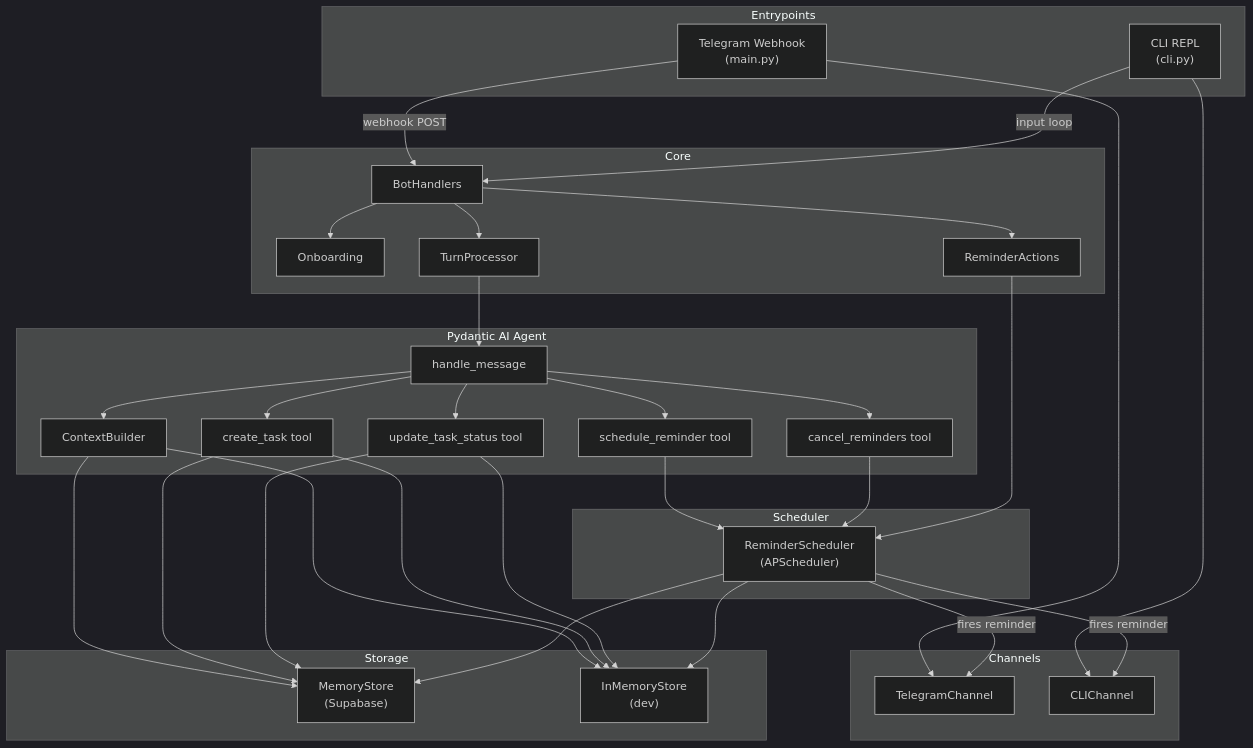
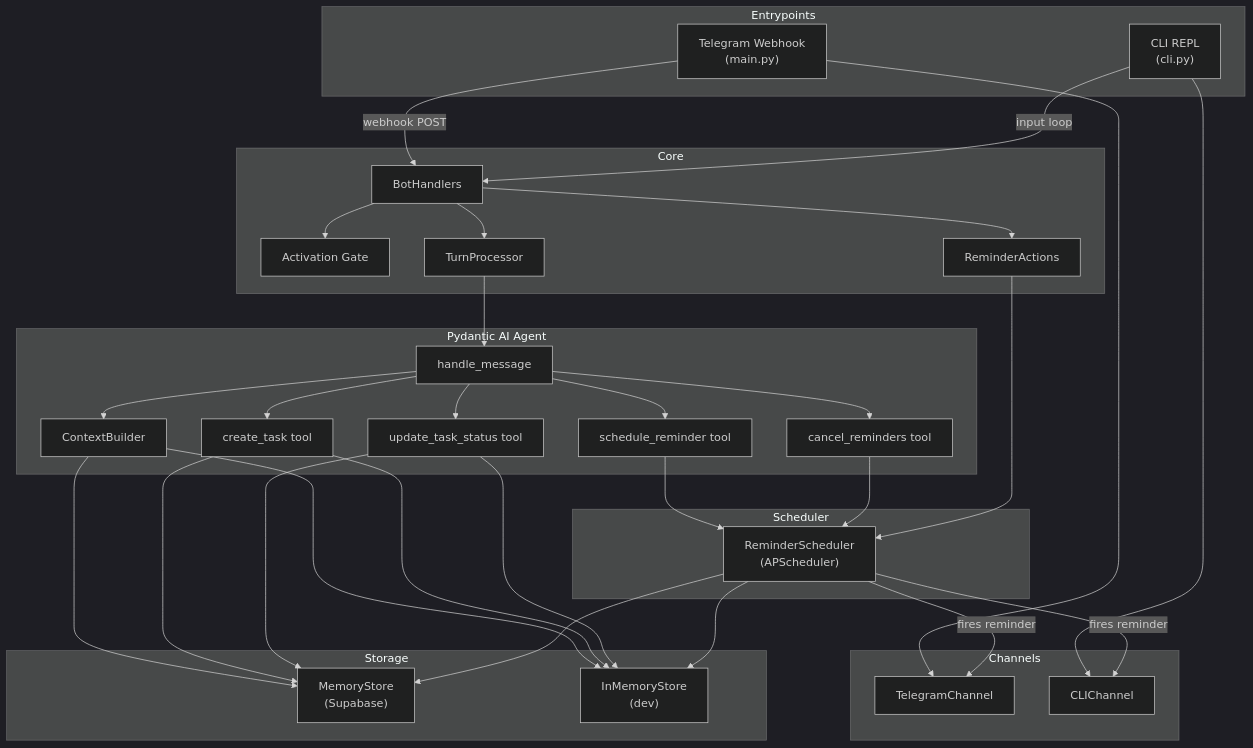
One commit to chapagainmanoj/amigo changed the diagram in docs/architecture.md. Above: the diagram before and after it, drawn with Mermaid (dark theme). The commit also changed other lines of this file and 101 other files, not shown here.

````diff
--- a/docs/architecture.md
+++ b/docs/architecture.md
@@ -85,68 +108,68 @@
 ```mermaid
 graph TD
     subgraph Entrypoints
         TG["Telegram Webhook<br/>(main.py)"]
         CLI["CLI REPL<br/>(cli.py)"]
     end
 
     subgraph Channels
         TC["TelegramChannel"]
         CC["CLIChannel"]
     end
 
     subgraph Core
         BH["BotHandlers"]
-        OB["Onboarding"]
+        AG["Activation Gate"]
         TP["TurnProcessor"]
         RA["ReminderActions"]
     end
 
     subgraph Agent["Pydantic AI Agent"]
         HM["handle_message"]
         CB["ContextBuilder"]
         T_CT["create_task tool"]
         T_US["update_task_status tool"]
         T_SR["schedule_reminder tool"]
         T_CR["cancel_reminders tool"]
     end
 
     subgraph Storage
         MS["MemoryStore<br/>(Supabase)"]
         IMS["InMemoryStore<br/>(dev)"]
     end
 
     subgraph Scheduler
         RS["ReminderScheduler<br/>(APScheduler)"]
     end
 
     TG -->|webhook POST| BH
     CLI -->|input loop| BH
     TG --> TC
     CLI --> CC
 
-    BH --> OB
+    BH --> AG
     BH --> TP
     BH --> RA
 
     TP --> HM
     HM --> CB
     CB --> MS
     CB --> IMS
 
     HM --> T_CT
     HM --> T_US
     HM --> T_SR
     HM --> T_CR
     T_CT --> MS
     T_CT --> IMS
     T_SR --> RS
     T_US --> MS
     T_US --> IMS
     T_CR --> RS
 
     RA --> RS
     RS -->|fires reminder| TC
     RS -->|fires reminder| CC
     RS --> MS
     RS --> IMS
 ```
````
